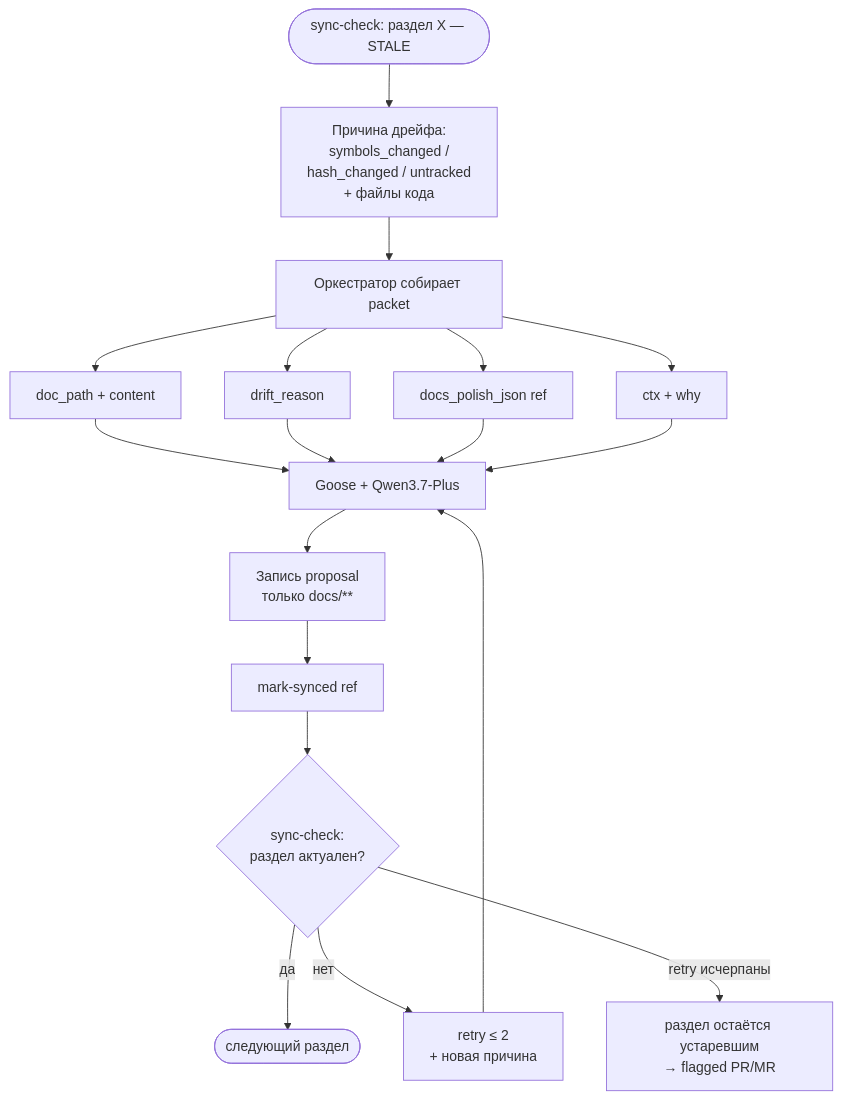
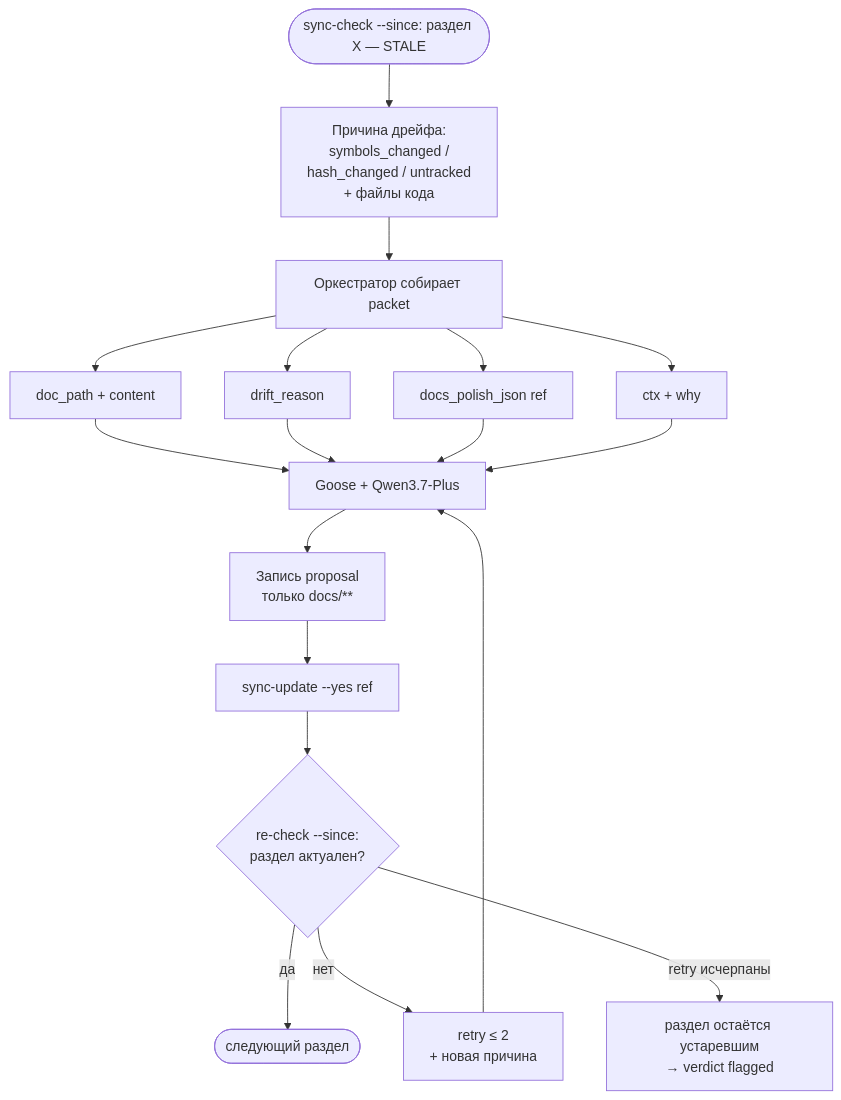
Before and after one commit to zoologov/beadloom: the sixth of 11 diagrams in .claude/development/docs/BDL-AI-AGENTS-ARCHITECTURE.md, drawn with Mermaid. The commit also changed other lines of this file and 50 other files, not shown here.

First line of the commit message:
[BDL-050] CI consolidation — one ci.yml (gate∥tests∥site-build → ai-techwriter needs) + AI-TW infra/flagged verdict (#6)

````diff
--- a/.claude/development/docs/BDL-AI-AGENTS-ARCHITECTURE.md
+++ b/.claude/development/docs/BDL-AI-AGENTS-ARCHITECTURE.md
@@ -285,22 +336,22 @@
 ```mermaid
 flowchart TB
-  START(["sync-check: раздел X — STALE"]) --> REASON["Причина дрейфа:<br/>symbols_changed /<br/>hash_changed / untracked<br/>+ файлы кода"]
+  START(["sync-check --since: раздел X — STALE"]) --> REASON["Причина дрейфа:<br/>symbols_changed /<br/>hash_changed / untracked<br/>+ файлы кода"]
 
   REASON --> PACKET["Оркестратор собирает packet"]
   PACKET --> P1["doc_path + content"]
   PACKET --> P2["drift_reason"]
   PACKET --> P3["docs_polish_json ref"]
   PACKET --> P4["ctx + why"]
 
   P1 & P2 & P3 & P4 --> GOOSE["Goose + Qwen3.7-Plus"]
 
   GOOSE --> WRITE["Запись proposal<br/>только docs/**"]
-  WRITE --> MARK["mark-synced ref"]
-  MARK --> RECHECK{"sync-check:<br/>раздел актуален?"}
+  WRITE --> MARK["sync-update --yes ref"]
+  MARK --> RECHECK{"re-check --since:<br/>раздел актуален?"}
 
   RECHECK -->|да| NEXT(["следующий раздел"])
   RECHECK -->|нет| FEEDBACK["retry ≤ 2<br/>+ новая причина"]
   FEEDBACK --> GOOSE
 
-  RECHECK -->|retry исчерпаны| FLAG["раздел остаётся устаревшим<br/>→ flagged PR/MR"]
+  RECHECK -->|retry исчерпаны| FLAG["раздел остаётся устаревшим<br/>→ verdict flagged"]
 ```
````
